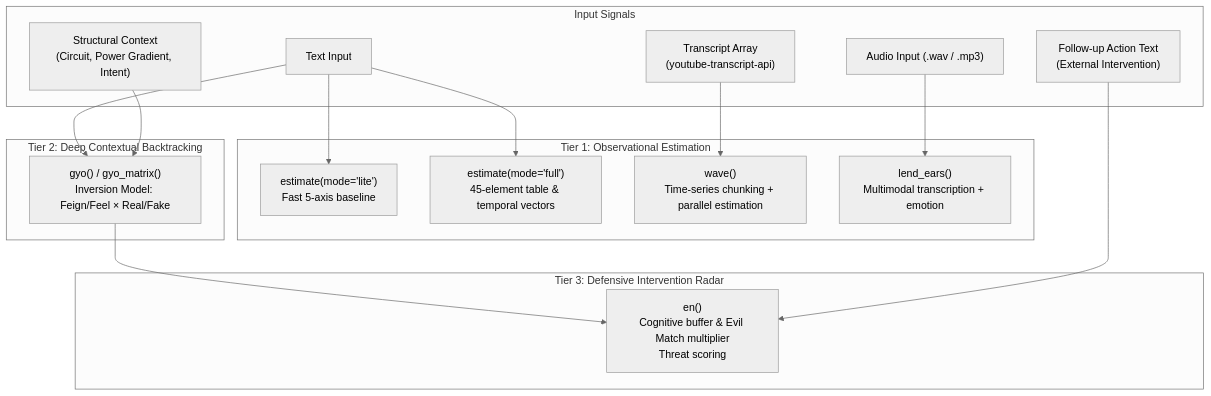
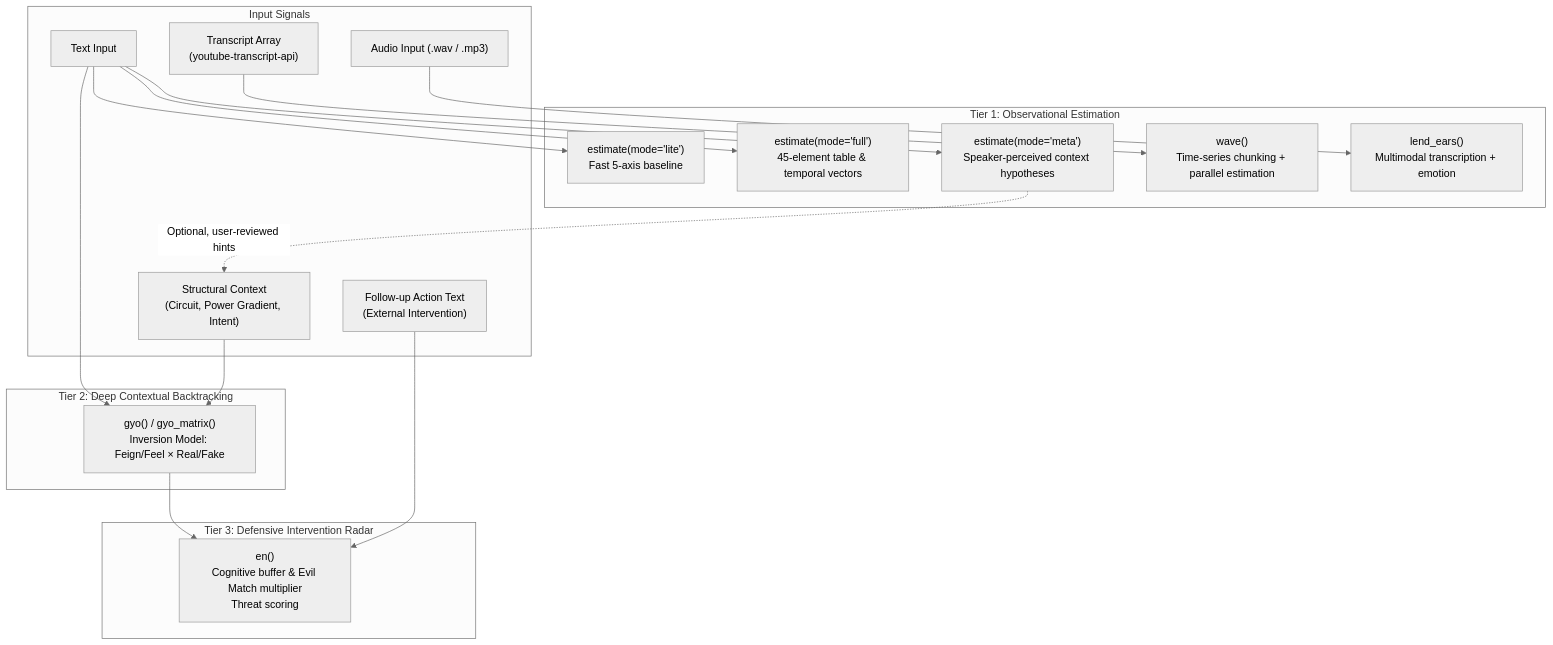
The diagram in README.md (Kouhei-Takagi/emotionics), drawn with Mermaid (neutral theme) before and after one commit. The commit also changed other lines of this file and 1 other file, not shown here.

````diff
--- a/README.md
+++ b/README.md
@@ -51,25 +52,28 @@
 ```mermaid
 flowchart TD
     subgraph Inputs["Input Signals"]
         T["Text Input"]
         TS["Transcript Array\n(youtube-transcript-api)"]
         A["Audio Input (.wav / .mp3)"]
         Ctx["Structural Context\n(Circuit, Power Gradient, Intent)"]
         Act["Follow-up Action Text\n(External Intervention)"]
     end
 
     subgraph Tier1["Tier 1: Observational Estimation"]
         T --> Lite["estimate(mode='lite')\nFast 5-axis baseline"]
         T --> Full["estimate(mode='full')\n45-element table & temporal vectors"]
+        T --> Meta["estimate(mode='meta')\nSpeaker-perceived context hypotheses"]
         TS --> Wave["wave()\nTime-series chunking + parallel estimation"]
         A --> Ears["lend_ears()\nMultimodal transcription + emotion"]
     end
+
+    Meta -. "Optional, user-reviewed hints" .-> Ctx
 
     subgraph Tier2["Tier 2: Deep Contextual Backtracking"]
         T & Ctx --> Gyo["gyo() / gyo_matrix()\nInversion Model: Feign/Feel × Real/Fake"]
     end
 
     subgraph Tier3["Tier 3: Defensive Intervention Radar"]
         Gyo & Act --> En["en()\nCognitive buffer & Evil Match multiplier\nThreat scoring"]
     end
 ```
````
